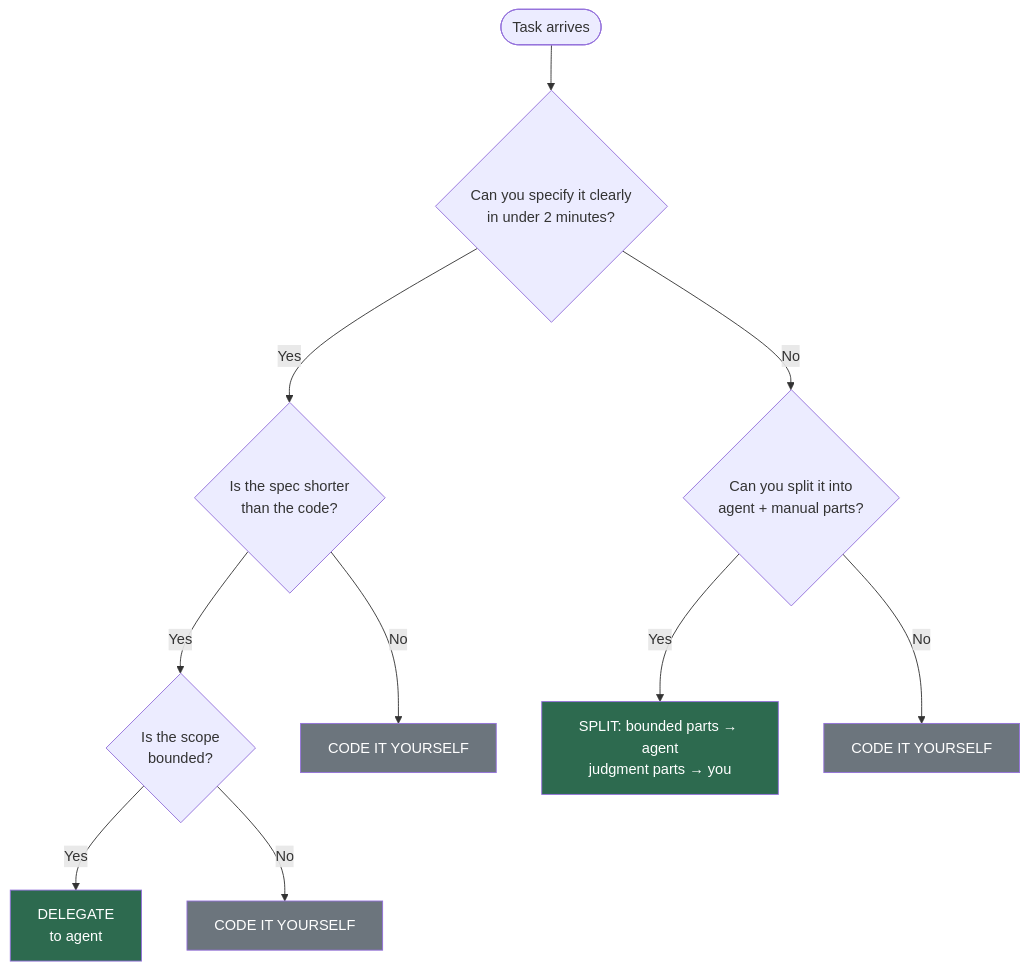
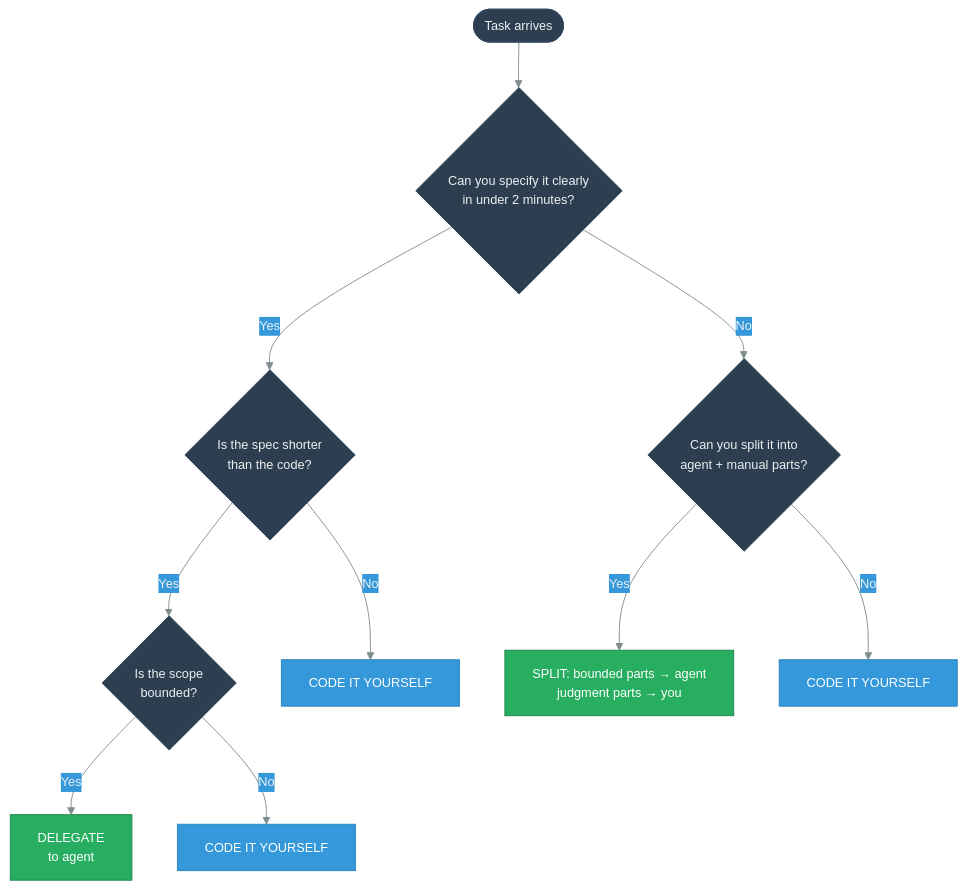
Before and after one commit to danielmeppiel/agentic-sdlc-handbook: the diagram in handbook/ch08-the-practitioners-mindset.qmd, drawn with Mermaid. The commit also changed 20 other files, not shown here.

First line of the commit message:
feat: add accessibility metadata and consistent theme to all 35 diagrams

````diff
--- a/handbook/ch08-the-practitioners-mindset.qmd
+++ b/handbook/ch08-the-practitioners-mindset.qmd
@@ -83,23 +83,27 @@
 ```{mermaid}
 %%| fig-width: 4.5
+%%| label: fig-agent-decision
+%%| fig-cap: "Decision framework: when to use agents and when to code manually"
+%%| fig-alt: "Top-down decision tree flowchart. A task arrives at the first question: 'Can you specify it clearly in under 2 minutes?' Yes leads to 'Is the spec shorter than the code?' which if Yes leads to 'Is the scope bounded?' — Yes results in 'DELEGATE to agent' (green, success). If the spec is not shorter, outcome is 'CODE IT YOURSELF' (neutral). If scope is not bounded, outcome is 'CODE IT YOURSELF' (neutral). If you cannot specify clearly, the question 'Can you split it into agent plus manual parts?' appears — Yes leads to 'SPLIT: bounded parts to agent, judgment parts to you' (green, success); No leads to 'CODE IT YOURSELF' (neutral). Three manual outcomes and two agent outcomes total."
+%%{init: {'theme': 'base', 'themeVariables': {'primaryColor': '#2c3e50', 'primaryTextColor': '#ecf0f1', 'primaryBorderColor': '#34495e', 'lineColor': '#7f8c8d', 'secondaryColor': '#3498db', 'tertiaryColor': '#ecf0f1', 'fontSize': '14px'}}}%%
 flowchart TD
     START([Task arrives]) --> Q1{Can you specify it clearly\nin under 2 minutes?}
 
     Q1 -- Yes --> Q2{Is the spec shorter\nthan the code?}
     Q1 -- No --> Q3{Can you split it into\nagent + manual parts?}
 
     Q2 -- Yes --> Q4{Is the scope\nbounded?}
     Q2 -- No --> MANUAL1[CODE IT YOURSELF]
 
     Q4 -- Yes --> DELEGATE[DELEGATE\nto agent]
     Q4 -- No --> MANUAL2[CODE IT YOURSELF]
 
     Q3 -- Yes --> SPLIT[SPLIT: bounded parts → agent\njudgment parts → you]
     Q3 -- No --> MANUAL3[CODE IT YOURSELF]
 
-    style DELEGATE fill:#2d6a4f,color:#fff
-    style SPLIT fill:#2d6a4f,color:#fff
-    style MANUAL1 fill:#6c757d,color:#fff
-    style MANUAL2 fill:#6c757d,color:#fff
-    style MANUAL3 fill:#6c757d,color:#fff
+    style DELEGATE fill:#27ae60,stroke:#1e8449,color:#fff
+    style SPLIT fill:#27ae60,stroke:#1e8449,color:#fff
+    style MANUAL1 fill:#3498db,stroke:#2980b9,color:#fff
+    style MANUAL2 fill:#3498db,stroke:#2980b9,color:#fff
+    style MANUAL3 fill:#3498db,stroke:#2980b9,color:#fff
 ```
````
